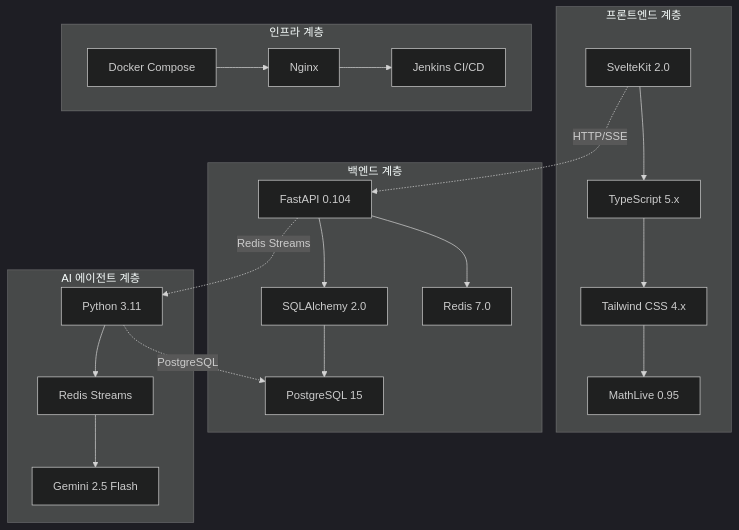
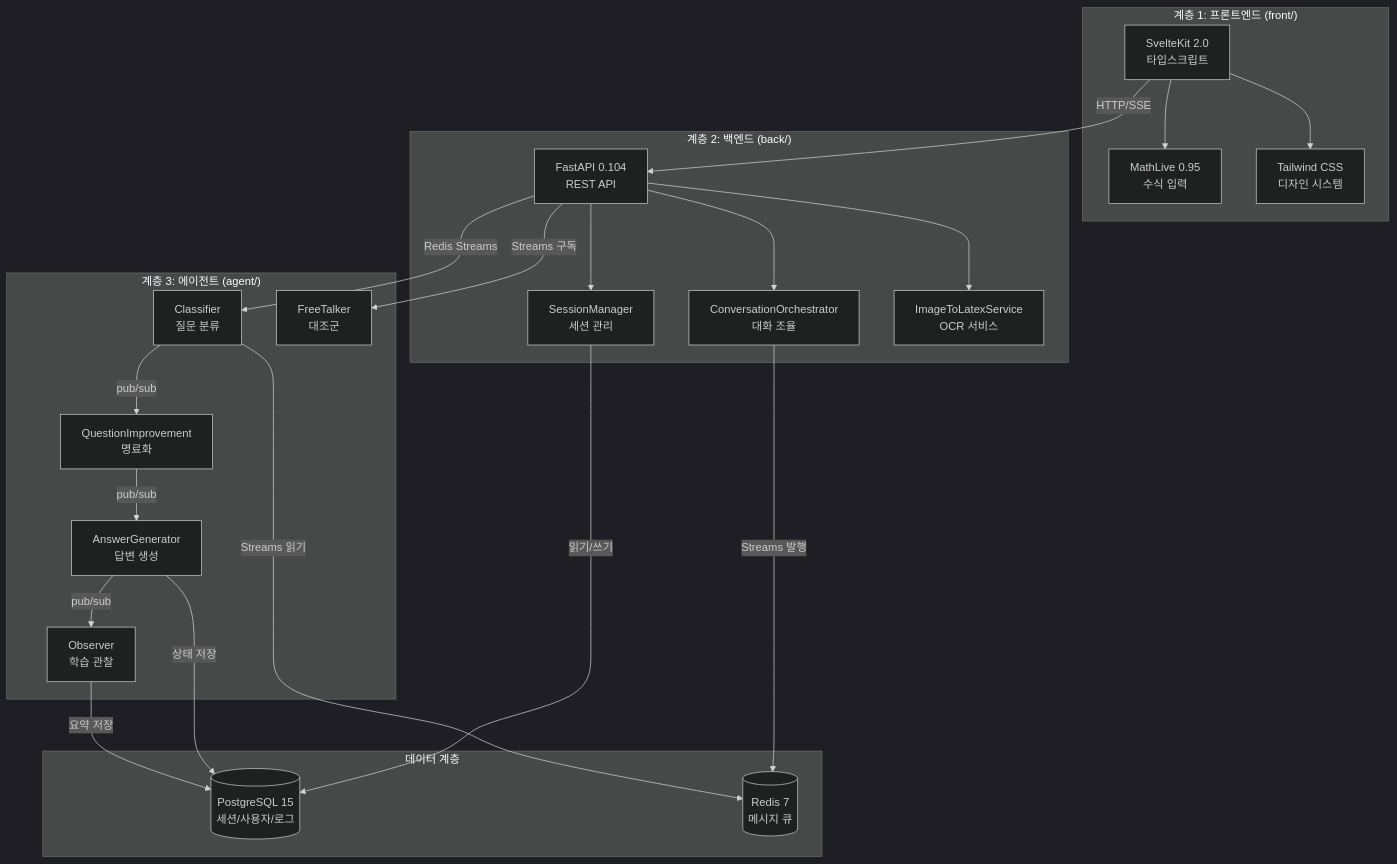
The first of 16 diagrams in docs/chapters/04-system-implementation.md (KimKyuBong/maice-paper-deploy), drawn with Mermaid (dark theme) before and after one commit. The commit also changed other lines of this file and 11 other files, not shown here.

````diff
--- a/docs/chapters/04-system-implementation.md
+++ b/docs/chapters/04-system-implementation.md
@@ -14,28 +14,46 @@
 ```mermaid
 graph TB
-    subgraph "프론트엔드 계층"
-        A[SvelteKit 2.0] --> B[TypeScript 5.x]
-        B --> C[Tailwind CSS 4.x]
-        C --> D[MathLive 0.95]
+    subgraph "계층 1: 프론트엔드 (front/)"
+        A[SvelteKit 2.0<br/>타입스크립트]
+        B[MathLive 0.95<br/>수식 입력]
+        C[Tailwind CSS<br/>디자인 시스템]
+        A --> B
+        A --> C
     end
     
-    subgraph "백엔드 계층"
-        E[FastAPI 0.104] --> F[SQLAlchemy 2.0]
-        F --> G[PostgreSQL 15]
-        E --> H[Redis 7.0]
+    subgraph "계층 2: 백엔드 (back/)"
+        D[FastAPI 0.104<br/>REST API]
+        E[SessionManager<br/>세션 관리]
+        F[ConversationOrchestrator<br/>대화 조율]
+        G[ImageToLatexService<br/>OCR 서비스]
+        D --> E
+        D --> F
+        D --> G
     end
     
-    subgraph "AI 에이전트 계층"
-        I[Python 3.11] --> J[Redis Streams]
-        J --> K[Gemini 2.5 Flash]
+    subgraph "계층 3: 에이전트 (agent/)"
+        H[Classifier<br/>질문 분류]
+        I[QuestionImprovement<br/>명료화]
+        J[AnswerGenerator<br/>답변 생성]
+        K[Observer<br/>학습 관찰]
+        L[FreeTalker<br/>대조군]
     end
     
-    subgraph "인프라 계층"
-        L[Docker Compose] --> M[Nginx]
-        M --> N[Jenkins CI/CD]
+    subgraph "데이터 계층"
+        M[(PostgreSQL 15<br/>세션/사용자/로그)]
+        N[(Redis 7<br/>메시지 큐)]
     end
     
-    A -.HTTP/SSE.-> E
-    E -.Redis Streams.-> I
-    I -.PostgreSQL.-> G
+    A -->|HTTP/SSE| D
+    D -->|Redis Streams| H
+    H -->|pub/sub| I
+    I -->|pub/sub| J
+    J -->|pub/sub| K
+    D -->|Streams 구독| L
+    
+    E -->|읽기/쓰기| M
+    F -->|Streams 발행| N
+    H -->|Streams 읽기| N
+    J -->|상태 저장| M
+    K -->|요약 저장| M
 ```
````
